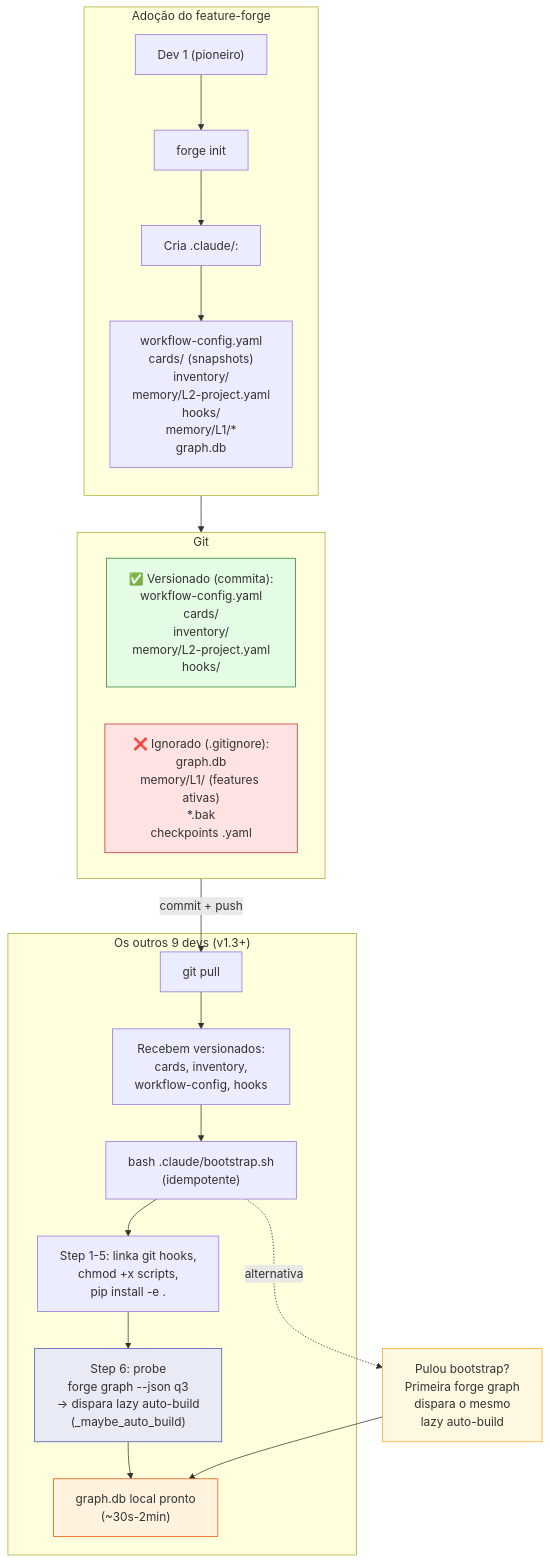
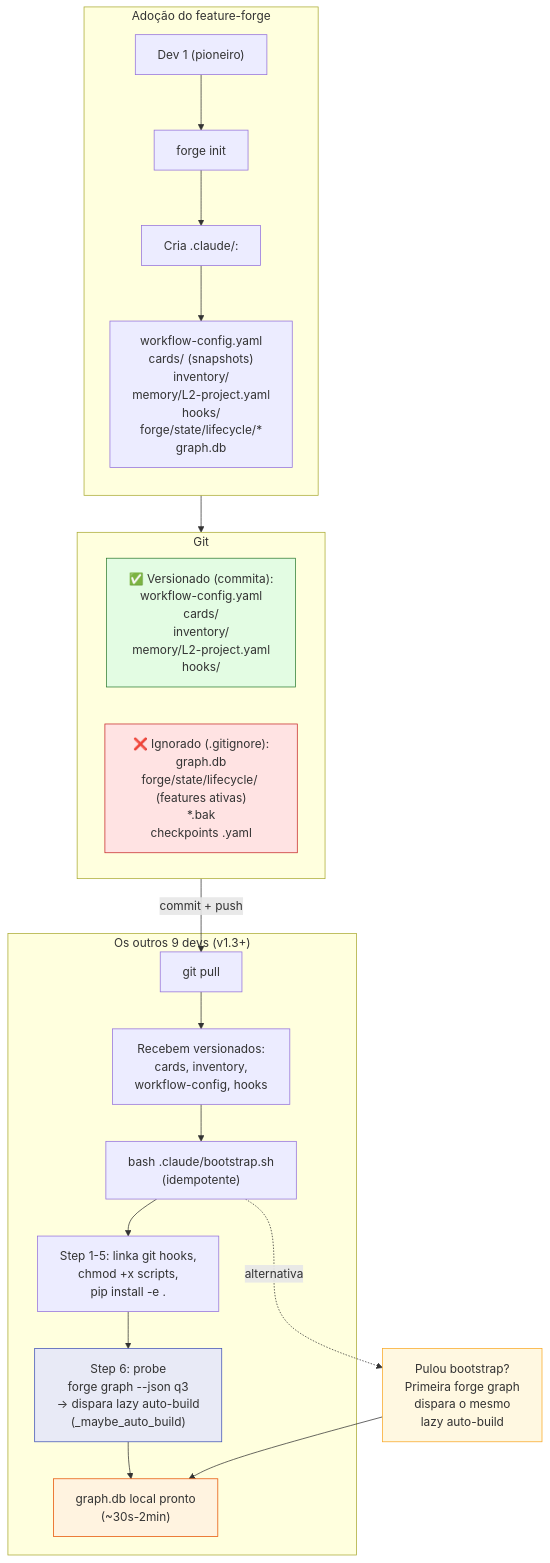
The diagram in docs/diagrams/bootstrap-flow.mermaid (thgMatajs/feature-forge), drawn with Mermaid before and after one commit. The commit also changed 20 other files, not shown here.

First line of the commit message:
docs(state): doc-sync memory/L1 -> forge/state/lifecycle

```diff
--- a/docs/diagrams/bootstrap-flow.mermaid
+++ b/docs/diagrams/bootstrap-flow.mermaid
@@ -1,46 +1,46 @@
 flowchart TD
     subgraph ADOTACAO["Adoção do feature-forge"]
         direction TB
         DEV1["Dev 1 (pioneiro)"]
         INIT["forge init"]
         CRIACAO["Cria .claude/:"]
-        FILES_CREATED["workflow-config.yaml<br/>cards/ (snapshots)<br/>inventory/<br/>memory/L2-project.yaml<br/>hooks/<br/>memory/L1/*<br/>graph.db"]
+        FILES_CREATED["workflow-config.yaml<br/>cards/ (snapshots)<br/>inventory/<br/>memory/L2-project.yaml<br/>hooks/<br/>forge/state/lifecycle/*<br/>graph.db"]
     end
 
     INIT --> CRIACAO
     DEV1 --> INIT
     CRIACAO --> FILES_CREATED
 
     subgraph GIT["Git"]
         VERSIONADO["✅ Versionado (commita):<br/>workflow-config.yaml<br/>cards/<br/>inventory/<br/>memory/L2-project.yaml<br/>hooks/"]
-        LOCAL["❌ Ignorado (.gitignore):<br/>graph.db<br/>memory/L1/ (features ativas)<br/>*.bak<br/>checkpoints .yaml"]
+        LOCAL["❌ Ignorado (.gitignore):<br/>graph.db<br/>forge/state/lifecycle/ (features ativas)<br/>*.bak<br/>checkpoints .yaml"]
     end
 
     FILES_CREATED --> GIT
 
     subgraph TIME["Os outros 9 devs (v1.3+)"]
         PULL["git pull"]
         CONFIG_OK["Recebem versionados:<br/>cards, inventory,<br/>workflow-config, hooks"]
         BOOTSTRAP["bash .claude/bootstrap.sh<br/>(idempotente)"]
         BOOT_STEPS["Step 1-5: linka git hooks,<br/>chmod +x scripts,<br/>pip install -e ."]
         BOOT_STEP6["Step 6: probe<br/>forge graph --json q3<br/>→ dispara lazy auto-build<br/>(_maybe_auto_build)"]
         GRAPH_DB["graph.db local pronto<br/>(~30s-2min)"]
     end
 
     PULL --> CONFIG_OK
     CONFIG_OK --> BOOTSTRAP
     BOOTSTRAP --> BOOT_STEPS
     BOOT_STEPS --> BOOT_STEP6
     BOOT_STEP6 --> GRAPH_DB
 
     GIT -->|"commit + push"| PULL
 
     LAZY["Pulou bootstrap?<br/>Primeira forge graph<br/>dispara o mesmo<br/>lazy auto-build"]
     BOOTSTRAP -.->|"alternativa"| LAZY
     LAZY --> GRAPH_DB
 
     style VERSIONADO fill:#e3fce3,stroke:#2e7d32
     style LOCAL fill:#ffe3e3,stroke:#c62828
     style GRAPH_DB fill:#fff3e0,stroke:#e65100
     style BOOT_STEP6 fill:#e8eaf6,stroke:#3f51b5
     style LAZY fill:#fff8e1,stroke:#f9a825
```
